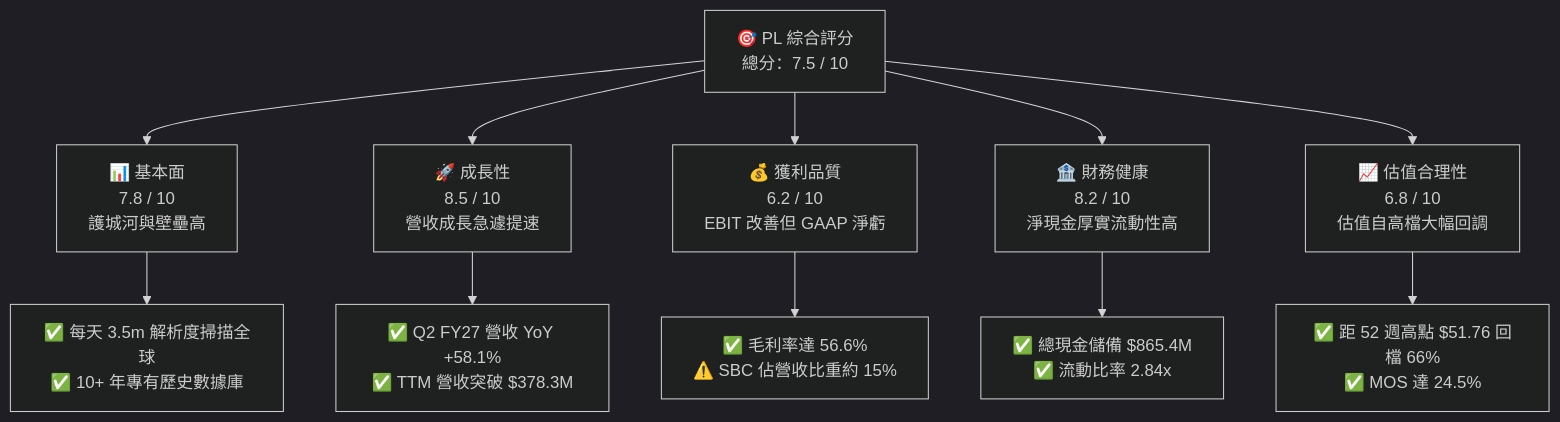
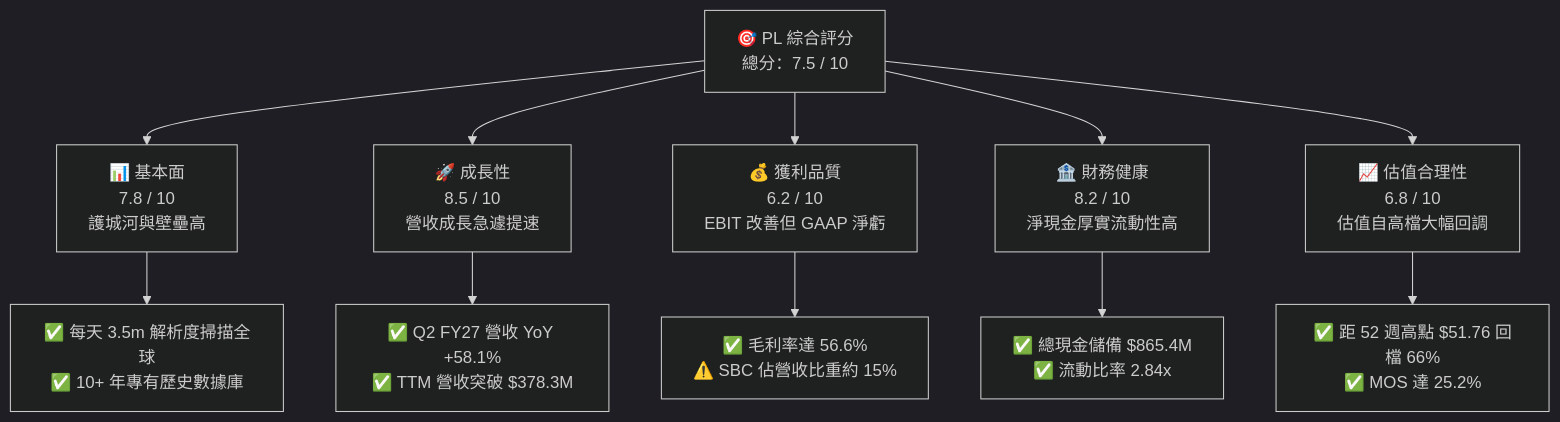
One commit to yennanliu/finance_data changed the first of 15 diagrams in ai_gen_report/fundamental/pl/fundamental_analysis_2026-10-11_gemini.md. Above: the diagram before and after it, drawn with Mermaid (dark theme). The commit also changed other lines of this file and 339 other files, not shown here.

````diff
--- a/ai_gen_report/fundamental/pl/fundamental_analysis_2026-10-11_gemini.md
+++ b/ai_gen_report/fundamental/pl/fundamental_analysis_2026-10-11_gemini.md
@@ -60,22 +67,22 @@
 ```mermaid
 graph TD
     TICKER["🎯 PL 綜合評分<br/>總分：7.5 / 10"]
 
     F["📊 基本面<br/>7.8 / 10<br/>護城河與壁壘高"]
     G["🚀 成長性<br/>8.5 / 10<br/>營收成長急遽提速"]
     P["💰 獲利品質<br/>6.2 / 10<br/>EBIT 改善但 GAAP 淨虧"]
     B["🏦 財務健康<br/>8.2 / 10<br/>淨現金厚實流動性高"]
     V["📈 估值合理性<br/>6.8 / 10<br/>估值自高檔大幅回調"]
 
     TICKER --> F
     TICKER --> G
     TICKER --> P
     TICKER --> B
     TICKER --> V
 
     F --> F1["✅ 每天 3.5m 解析度掃描全球<br/>✅ 10+ 年專有歷史數據庫"]
     G --> G1["✅ Q2 FY27 營收 YoY +58.1%<br/>✅ TTM 營收突破 $378.3M"]
     P --> P1["✅ 毛利率達 56.6%<br/>⚠️ SBC 佔營收比重約 15%"]
     B --> B1["✅ 總現金儲備 $865.4M<br/>✅ 流動比率 2.84x"]
-    V --> V1["✅ 距 52 週高點 $51.76 回檔 66%<br/>✅ MOS 達 24.5%"]
+    V --> V1["✅ 距 52 週高點 $51.76 回檔 66%<br/>✅ MOS 達 25.2%"]
 ```
````
